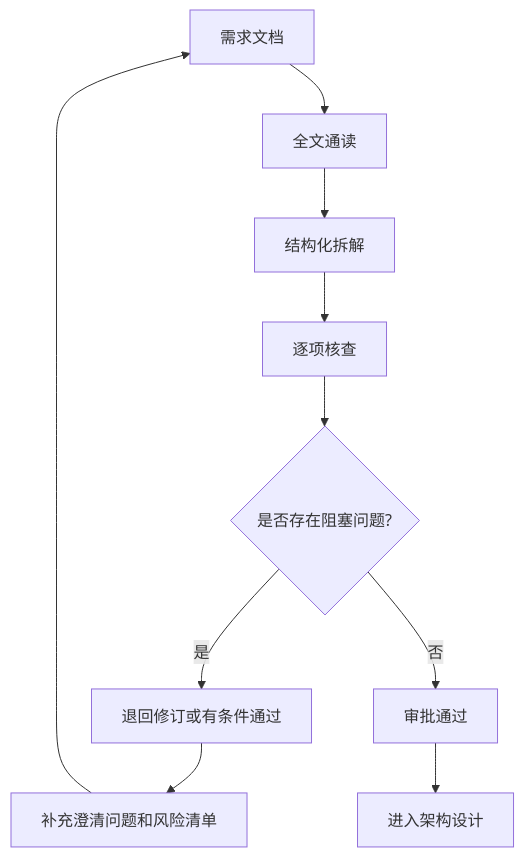
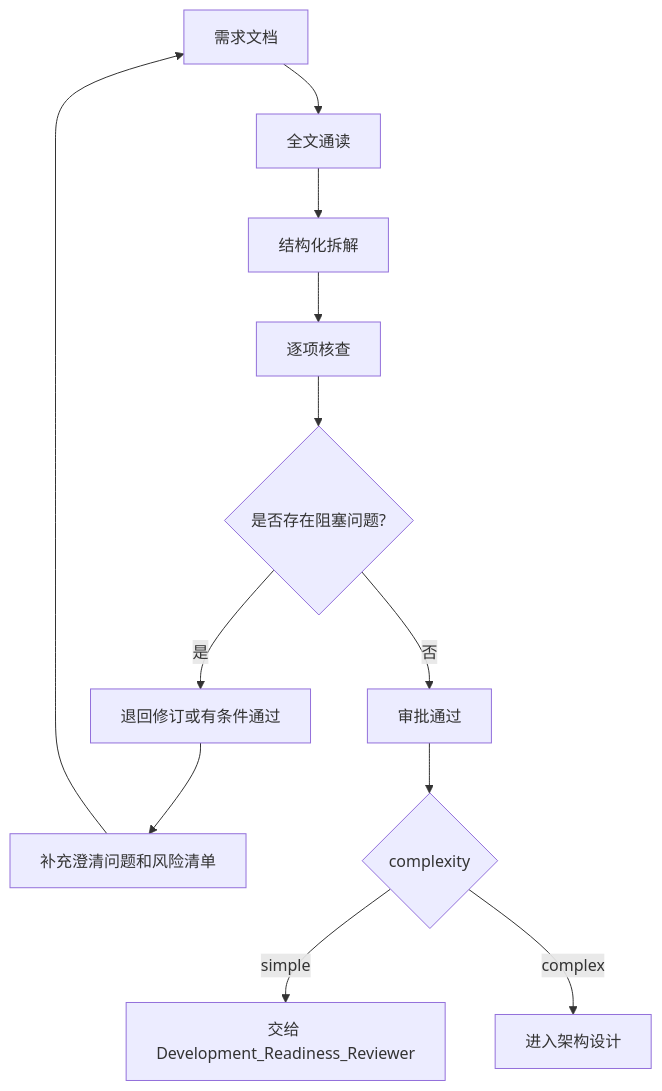
The third of 17 diagrams in docs/PROJECT-WORKFLOW-ROLES.md (JumpStarGroup/health_platform), drawn with Mermaid before and after one commit. The commit also changed other lines of this file and 10 other files, not shown here.

First line of the commit message:
docs: split development readiness review

````diff
--- a/docs/PROJECT-WORKFLOW-ROLES.md
+++ b/docs/PROJECT-WORKFLOW-ROLES.md
@@ -84,12 +120,14 @@
 ```mermaid
 flowchart TD
     A[需求文档] --> B[全文通读]
     B --> C[结构化拆解]
     C --> D[逐项核查]
     D --> E{是否存在阻塞问题?}
     E -- 是 --> F[退回修订或有条件通过]
     E -- 否 --> G[审批通过]
     F --> H[补充澄清问题和风险清单]
     H --> A
-    G --> I[进入架构设计]
+    G --> I{complexity}
+    I -- simple --> J[交给 Development_Readiness_Reviewer]
+    I -- complex --> K[进入架构设计]
 ```
````
